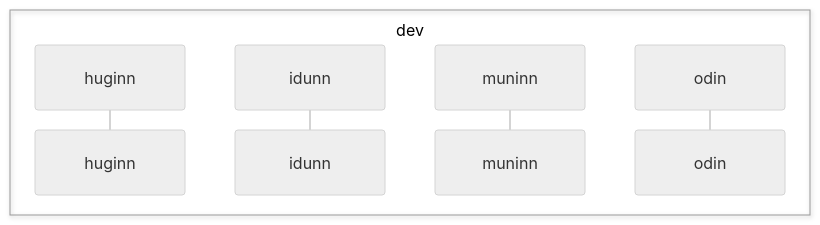
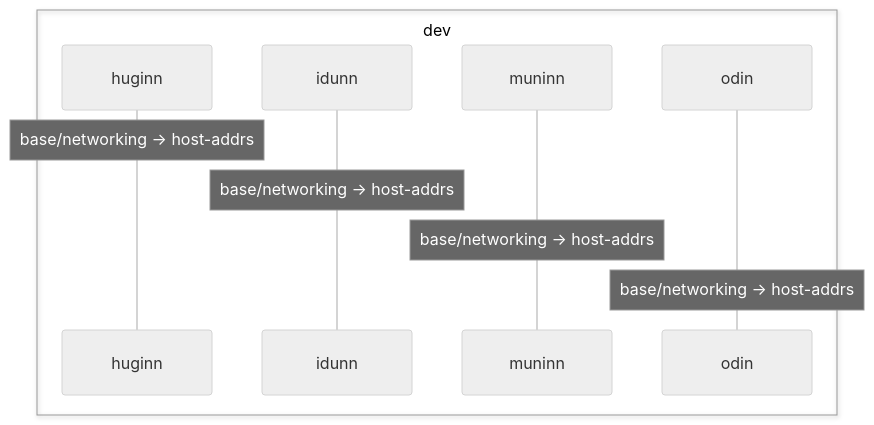
Before and after one commit to illusaen/denix: the fourth of 4 diagrams in README.md, drawn with Mermaid (neutral theme). The commit also changed other lines of this file and 5 other files, not shown here.

````diff
--- a/README.md
+++ b/README.md
@@ -115,11 +115,16 @@
 ```mermaid
 sequenceDiagram
     box dev
     participant huginn as huginn
     participant idunn as idunn
     participant muninn as muninn
     participant odin as odin
     end
     box prod
     end
+
+    Note over huginn: base/networking → host-addrs
+    Note over idunn: base/networking → host-addrs
+    Note over muninn: base/networking → host-addrs
+    Note over odin: base/networking → host-addrs
 ```
````
